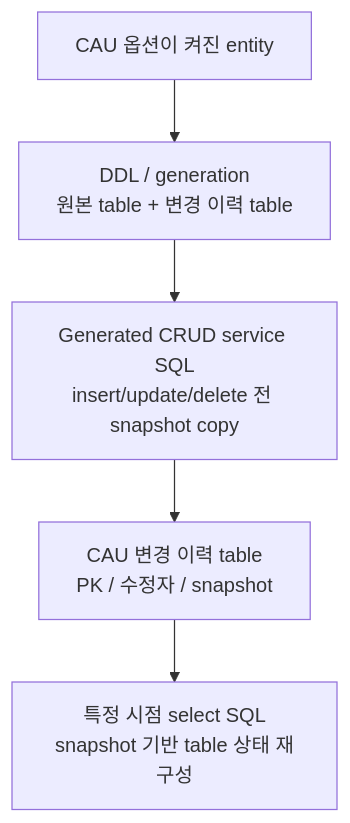
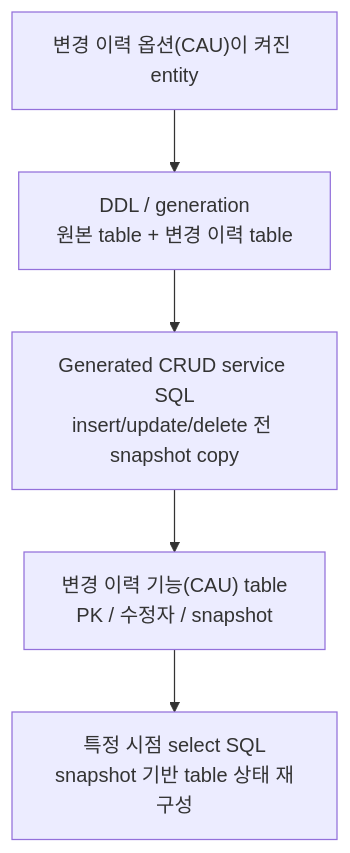
The second of 2 diagrams in docs/experience/tmaxcloud.md (zmrdltl/portfolio), drawn with Mermaid before and after one commit. The commit also changed other lines of this file and 5 other files, not shown here.

````diff
--- a/docs/experience/tmaxcloud.md
+++ b/docs/experience/tmaxcloud.md
@@ -45,13 +45,13 @@
 ```mermaid
 flowchart TD
-  entity["CAU 옵션이 켜진 entity"]
+  entity["변경 이력 옵션(CAU)이 켜진 entity"]
   ddl["DDL / generation\n원본 table + 변경 이력 table"]
   crud["Generated CRUD service SQL\ninsert/update/delete 전 snapshot copy"]
-  history["CAU 변경 이력 table\nPK / 수정자 / snapshot"]
+  history["변경 이력 기능(CAU) table\nPK / 수정자 / snapshot"]
   restore["특정 시점 select SQL\nsnapshot 기반 table 상태 재구성"]
 
   entity --> ddl
   ddl --> crud
   crud --> history
   history --> restore
 ```
````
